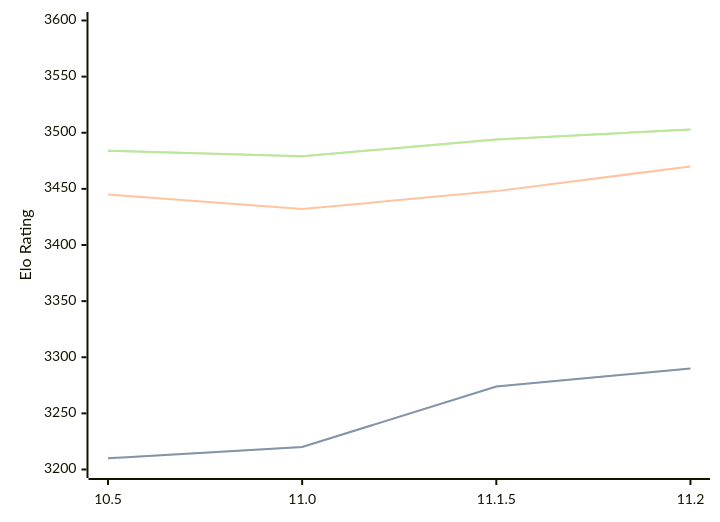
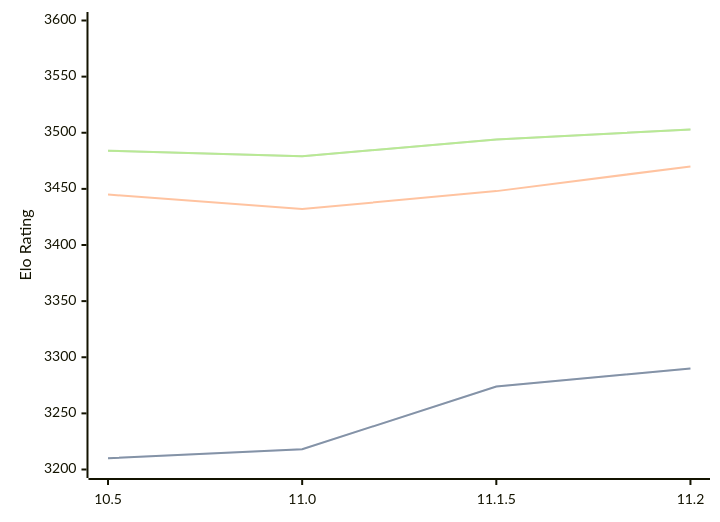
One commit to computer-chess-index/cci changed the first of 3 diagrams in engines/Lizard.md. Above: the diagram before and after it, drawn with Mermaid. The commit also changed other lines of this file, not shown here.

````diff
--- a/engines/Lizard.md
+++ b/engines/Lizard.md
@@ -46,11 +46,11 @@
 ```mermaid
 %%{init: {"theme":"base","themeVariables":{"seriesColors:['#a3a3a3','#222221','#faa371']}}}%%
 xychart-beta
   x-axis ["10.5", "11.0", "11.1.5", "11.2"]
   y-axis "Elo Rating" 3200 --> 3600
-  line "STC (8.0+0.08s)" [3210, 3220, 3274, 3290]
-  line "STC (8.0+0.08s)" [3210, 3220, 3274, 3290]
+  line "STC (8.0+0.08s)" [3210, 3218, 3274, 3290]
+  line "STC (8.0+0.08s)" [3210, 3218, 3274, 3290]
   line "LTC (60.0+0.60s)" [3445, 3432, 3448, 3470]
   line "VLTC (2m24s+1.12s)" [3484, 3479, 3494, 3503]
   line "VLTC (2m24s+1.12s)" [3484, 3479, 3494, 3503]
 ```
````
